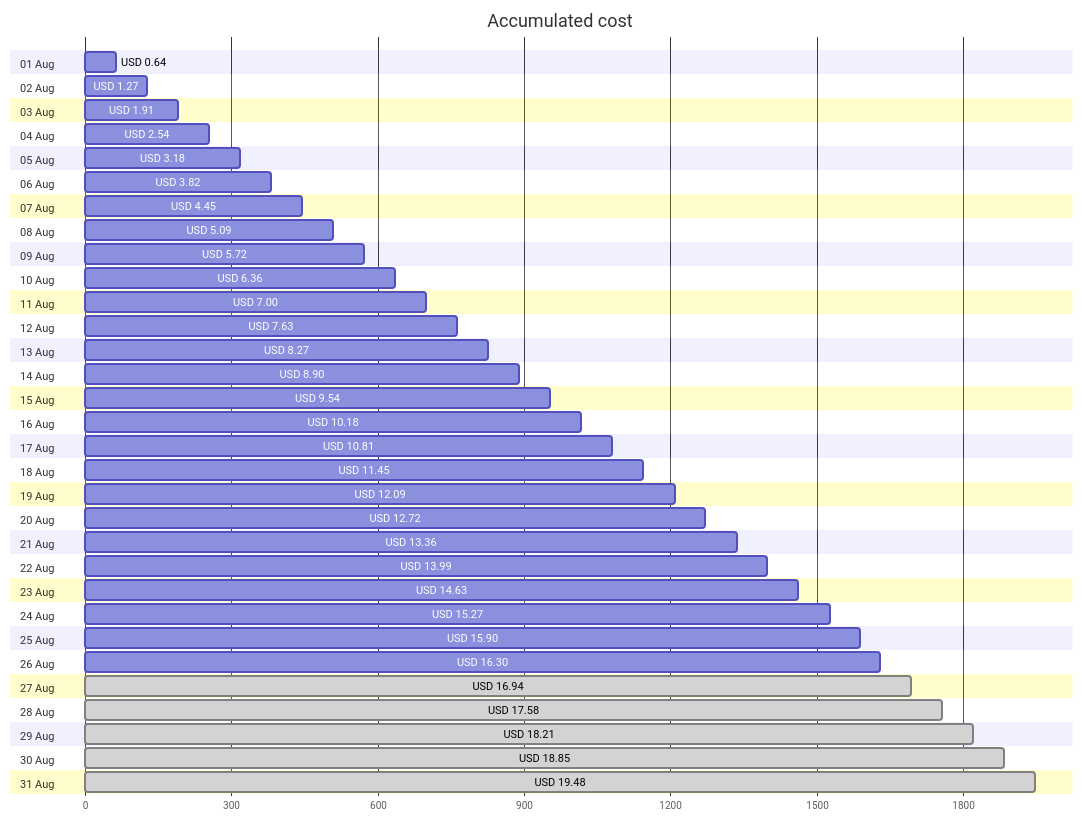
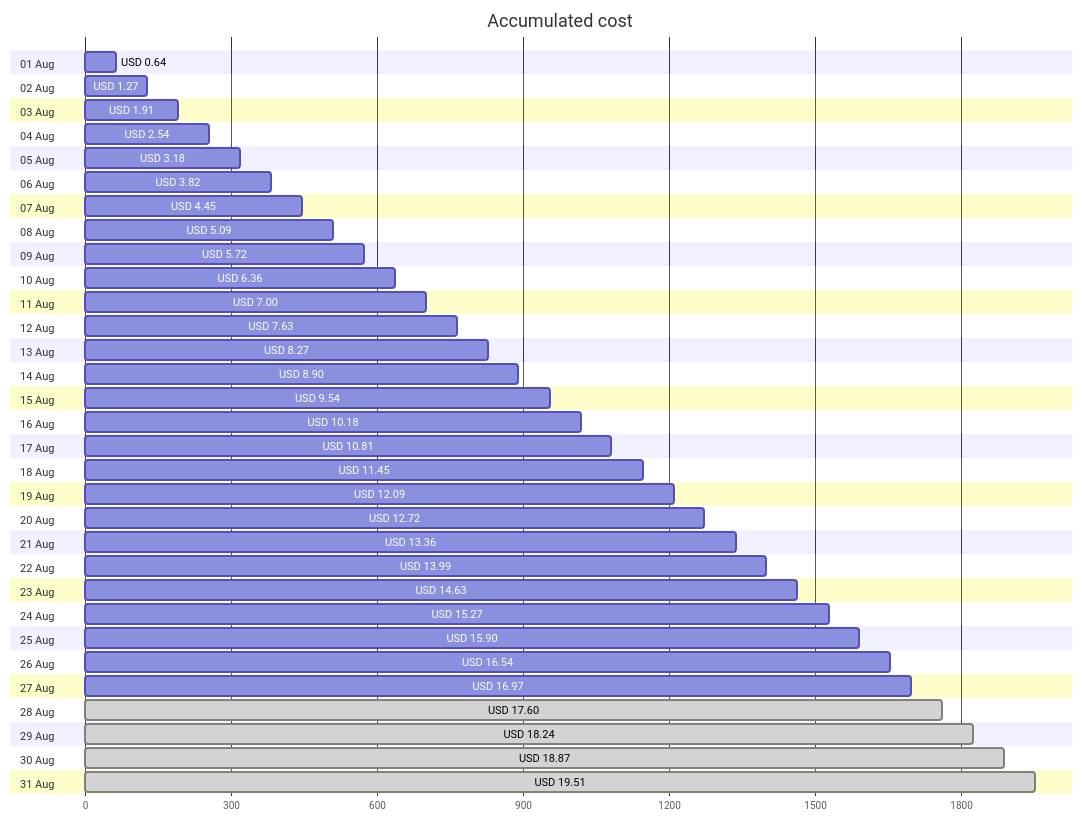
The first of 4 diagrams in cost-reports/accumulated-cost.md (jpfulton/azure-personal-reports), drawn with Mermaid before and after one commit. The commit also changed other lines of this file and 4 other files, not shown here.

````diff
--- a/cost-reports/accumulated-cost.md
+++ b/cost-reports/accumulated-cost.md
@@ -20,68 +20,68 @@
 ```mermaid
 gantt
    title Accumulated cost
    dateFormat  X
    axisFormat %s
    section 01 Aug
    USD 0.64 :0, 64
    section 02 Aug
    USD 1.27 :0, 127
    section 03 Aug
    USD 1.91 :0, 191
    section 04 Aug
    USD 2.54 :0, 254
    section 05 Aug
    USD 3.18 :0, 318
    section 06 Aug
    USD 3.82 :0, 382
    section 07 Aug
    USD 4.45 :0, 445
    section 08 Aug
    USD 5.09 :0, 509
    section 09 Aug
    USD 5.72 :0, 572
    section 10 Aug
    USD 6.36 :0, 636
    section 11 Aug
    USD 7.00 :0, 700
    section 12 Aug
    USD 7.63 :0, 763
    section 13 Aug
    USD 8.27 :0, 827
    section 14 Aug
    USD 8.90 :0, 890
    section 15 Aug
    USD 9.54 :0, 954
    section 16 Aug
    USD 10.18 :0, 1018
    section 17 Aug
    USD 10.81 :0, 1081
    section 18 Aug
    USD 11.45 :0, 1145
    section 19 Aug
    USD 12.09 :0, 1209
    section 20 Aug
    USD 12.72 :0, 1272
    section 21 Aug
    USD 13.36 :0, 1336
    section 22 Aug
    USD 13.99 :0, 1399
    section 23 Aug
    USD 14.63 :0, 1463
    section 24 Aug
    USD 15.27 :0, 1527
    section 25 Aug
    USD 15.90 :0, 1590
    section 26 Aug
-   USD 16.30 :0, 1630
+   USD 16.54 :0, 1654
    section 27 Aug
-   USD 16.94 : done, 0, 1694
+   USD 16.97 :0, 1697
    section 28 Aug
-   USD 17.58 : done, 0, 1758
+   USD 17.60 : done, 0, 1760
    section 29 Aug
-   USD 18.21 : done, 0, 1821
+   USD 18.24 : done, 0, 1824
    section 30 Aug
-   USD 18.85 : done, 0, 1885
+   USD 18.87 : done, 0, 1887
    section 31 Aug
-   USD 19.48 : done, 0, 1948
+   USD 19.51 : done, 0, 1951
 ```
````
